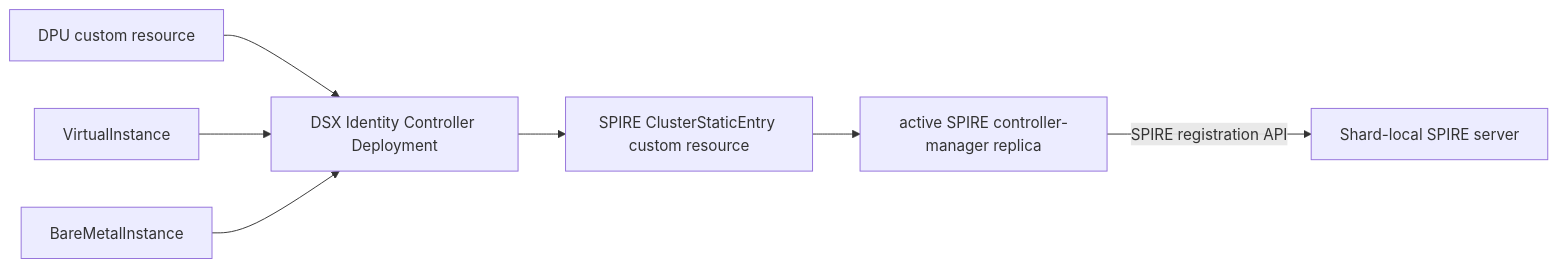
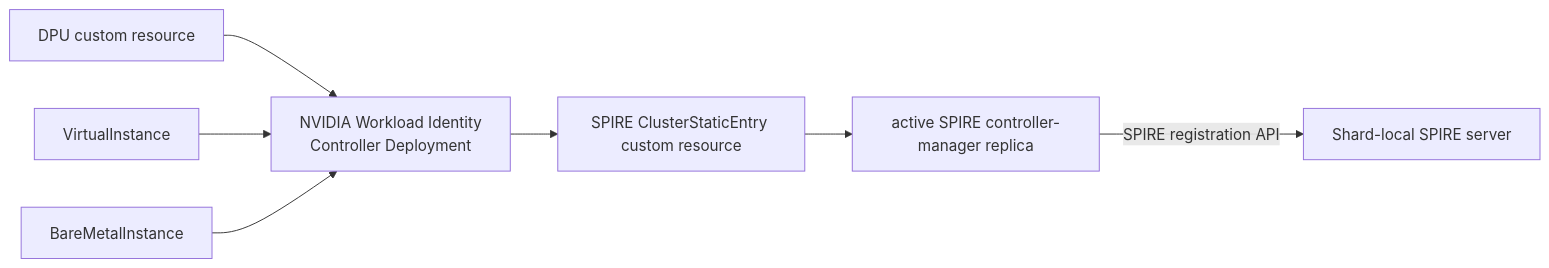
One commit to dsx-ai-factory/nvidia-workload-identity changed the diagram in cmd/dsx-identity-controller/README.md. Above: the diagram before and after it, drawn with Mermaid. The commit also changed other lines of this file and 41 other files, not shown here.

First line of the commit message:
fix(NO-REF): update NVIDIA Workload Identity display names

````diff
--- a/cmd/dsx-identity-controller/README.md
+++ b/cmd/dsx-identity-controller/README.md
@@ -28,9 +28,9 @@
 ```mermaid
 flowchart LR
-    DPU["DPU custom resource"] --> Controller["DSX Identity Controller Deployment"]
+    DPU["DPU custom resource"] --> Controller["NVIDIA Workload Identity<br/>Controller Deployment"]
     VI["VirtualInstance"] --> Controller
     BMI["BareMetalInstance"] --> Controller
     Controller --> Entry["SPIRE ClusterStaticEntry custom resource"]
     Entry --> Manager["active SPIRE controller-manager replica"]
     Manager -->|"SPIRE registration API"| Server["Shard-local SPIRE server"]
 ```
````
